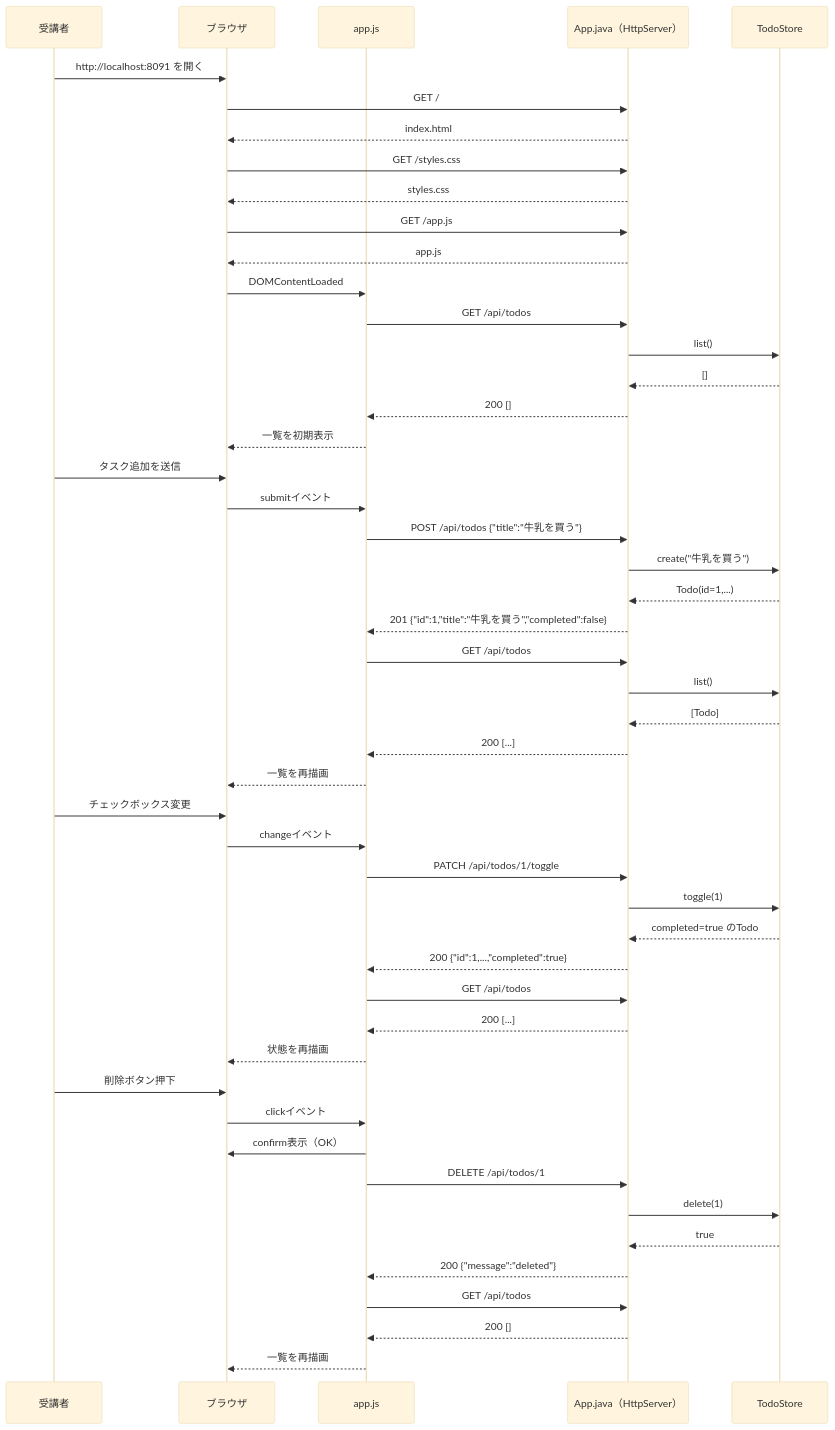
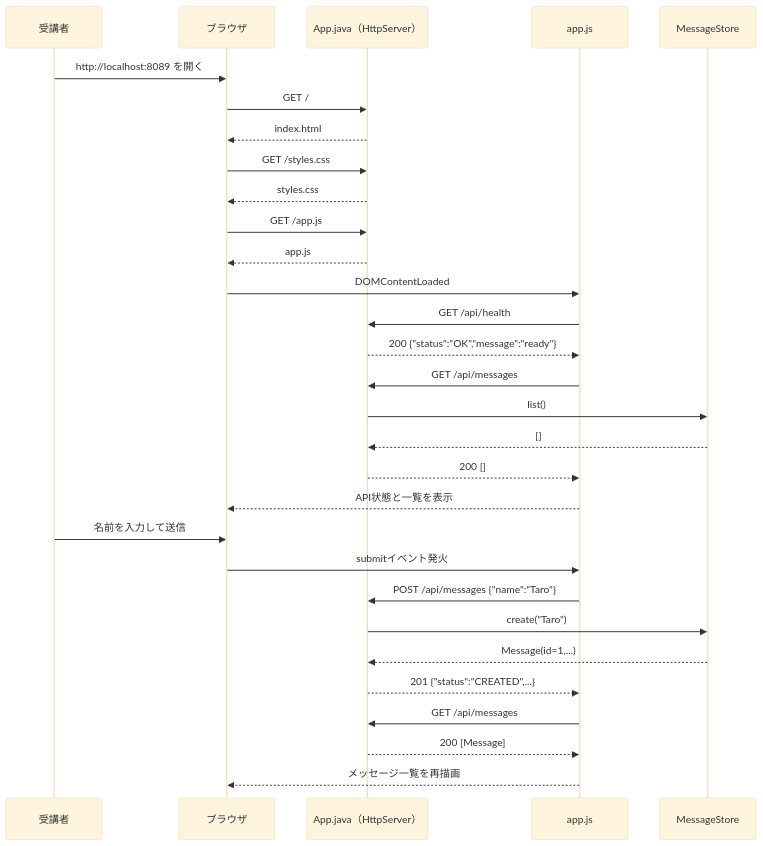
One commit to kiyomiya38/order-management-springboot changed the second of 3 diagrams in docs/curriculum/web-app(簡易版)/lesson2.md. Above: the diagram before and after it, drawn with Mermaid (base theme). The commit also changed other lines of this file and 32 other files, not shown here.

````diff
--- a/docs/curriculum/web-app(簡易版)/lesson2.md
+++ b/docs/curriculum/web-app(簡易版)/lesson2.md
@@ -98,56 +134,35 @@
 ```mermaid
 sequenceDiagram
   participant User as 受講者
   participant Br as ブラウザ
+  participant App as App.java（HttpServer）
   participant Js as app.js
-  participant App as App.java（HttpServer）
-  participant Store as TodoStore
+  participant Store as MessageStore
 
-  User->>Br: http://localhost:8091 を開く
+  User->>Br: http://localhost:8089 を開く
   Br->>App: GET /
   App-->>Br: index.html
   Br->>App: GET /styles.css
   App-->>Br: styles.css
   Br->>App: GET /app.js
   App-->>Br: app.js
 
   Br->>Js: DOMContentLoaded
-  Js->>App: GET /api/todos
+  Js->>App: GET /api/health
+  App-->>Js: 200 {"status":"OK","message":"ready"}
+  Js->>App: GET /api/messages
   App->>Store: list()
   Store-->>App: []
   App-->>Js: 200 []
-  Js-->>Br: 一覧を初期表示
+  Js-->>Br: API状態と一覧を表示
 
-  User->>Br: タスク追加を送信
-  Br->>Js: submitイベント
-  Js->>App: POST /api/todos {"title":"牛乳を買う"}
-  App->>Store: create("牛乳を買う")
-  Store-->>App: Todo(id=1,...)
-  App-->>Js: 201 {"id":1,"title":"牛乳を買う","completed":false}
-  Js->>App: GET /api/todos
-  App->>Store: list()
-  Store-->>App: [Todo]
-  App-->>Js: 200 [...]
-  Js-->>Br: 一覧を再描画
-
-  User->>Br: チェックボックス変更
-  Br->>Js: changeイベント
-  Js->>App: PATCH /api/todos/1/toggle
-  App->>Store: toggle(1)
-  Store-->>App: completed=true のTodo
-  App-->>Js: 200 {"id":1,...,"completed":true}
-  Js->>App: GET /api/todos
-  App-->>Js: 200 [...]
-  Js-->>Br: 状態を再描画
-
-  User->>Br: 削除ボタン押下
-  Br->>Js: clickイベント
-  Js->>Br: confirm表示（OK）
-  Js->>App: DELETE /api/todos/1
-  App->>Store: delete(1)
-  Store-->>App: true
-  App-->>Js: 200 {"message":"deleted"}
-  Js->>App: GET /api/todos
-  App-->>Js: 200 []
-  Js-->>Br: 一覧を再描画
+  User->>Br: 名前を入力して送信
+  Br->>Js: submitイベント発火
+  Js->>App: POST /api/messages {"name":"Taro"}
+  App->>Store: create("Taro")
+  Store-->>App: Message(id=1,...)
+  App-->>Js: 201 {"status":"CREATED",...}
+  Js->>App: GET /api/messages
+  App-->>Js: 200 [Message]
+  Js-->>Br: メッセージ一覧を再描画
 ```
````
